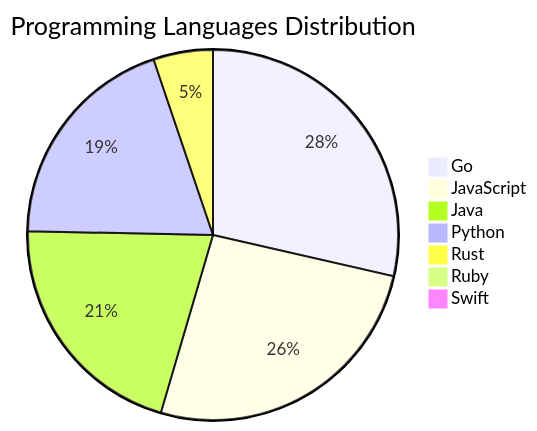
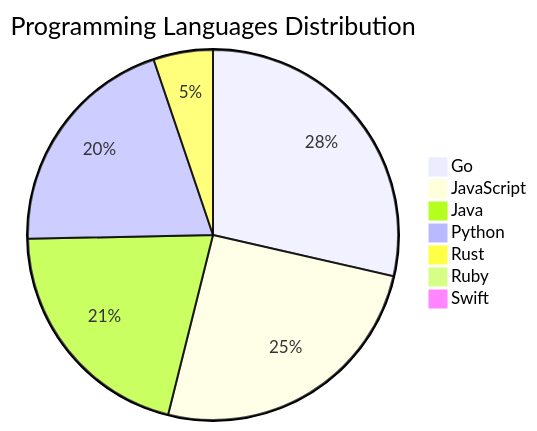
Before and after one commit to Derrick-MUGISHA/github-activity-bot: the diagram in README.md, drawn with Mermaid. The commit also changed other lines of this file and 4 other files, not shown here.

````diff
--- a/README.md
+++ b/README.md
@@ -207,10 +207,10 @@
 ```mermaid
 pie title Programming Languages Distribution
     "Go" : 44
-    "JavaScript" : 40
+    "JavaScript" : 39
     "Java" : 32
-    "Python" : 30
+    "Python" : 31
     "Rust" : 8
     "Ruby" : 1
     "Swift" : 1
 ```
````
